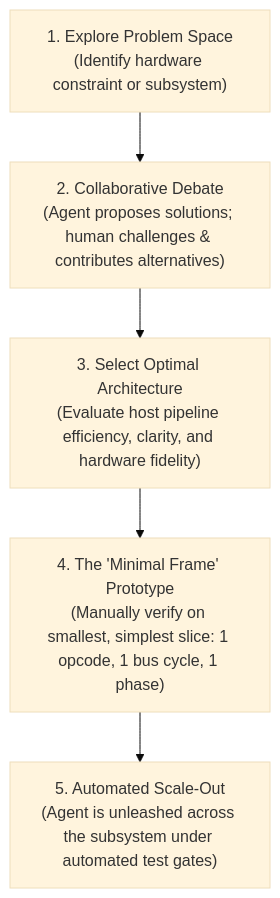
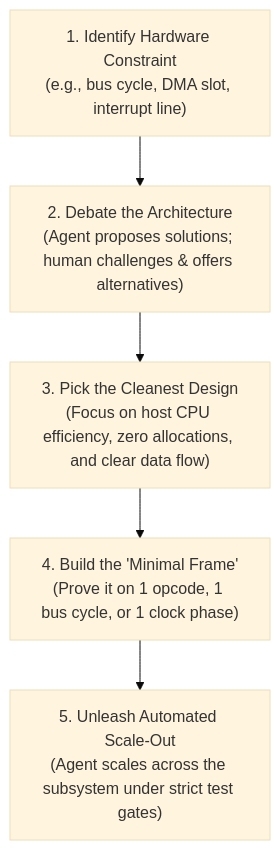
Before and after one commit to tomek-anuszkiewicz/amiga-studio: the first of 2 diagrams in docs/how_this_emulator_was_written.md, drawn with Mermaid (base theme). The commit also changed other lines of this file, not shown here.

First line of the commit message:
docs: rewrite AI pair-programming guide to pass the YouTube/Tech Blog test

````diff
--- a/docs/how_this_emulator_was_written.md
+++ b/docs/how_this_emulator_was_written.md
@@ -33,7 +39,7 @@
 ```mermaid
 flowchart TD
-    A["1. Explore Problem Space\n(Identify hardware constraint or subsystem)"] --> B["2. Collaborative Debate\n(Agent proposes solutions; human challenges & contributes alternatives)"]
-    B --> C["3. Select Optimal Architecture\n(Evaluate host pipeline efficiency, clarity, and hardware fidelity)"]
-    C --> D["4. The 'Minimal Frame' Prototype\n(Manually verify on smallest, simplest slice: 1 opcode, 1 bus cycle, 1 phase)"]
-    D --> E["5. Automated Scale-Out\n(Agent is unleashed across the subsystem under automated test gates)"]
+    A["1. Identify Hardware Constraint\n(e.g., bus cycle, DMA slot, interrupt line)"] --> B["2. Debate the Architecture\n(Agent proposes solutions; human challenges & offers alternatives)"]
+    B --> C["3. Pick the Cleanest Design\n(Focus on host CPU efficiency, zero allocations, and clear data flow)"]
+    C --> D["4. Build the 'Minimal Frame'\n(Prove it on 1 opcode, 1 bus cycle, or 1 clock phase)"]
+    D --> E["5. Unleash Automated Scale-Out\n(Agent scales across the subsystem under strict test gates)"]
 ```
````
